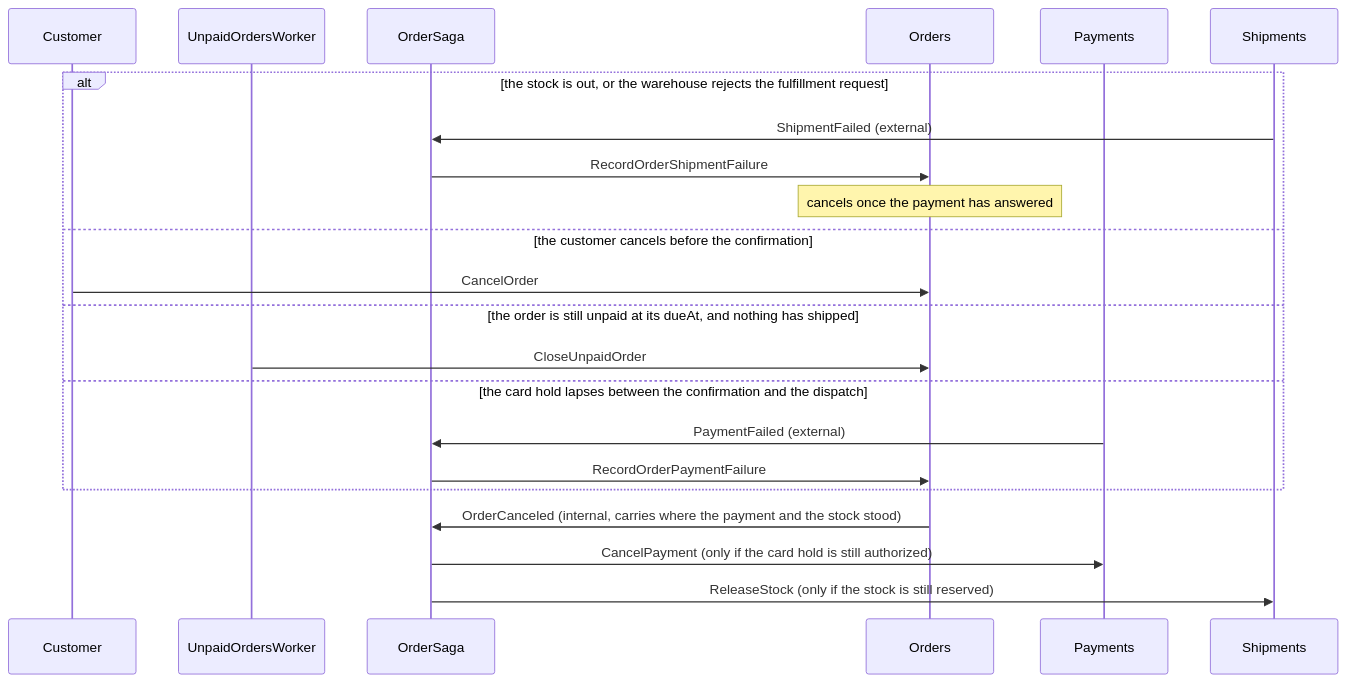
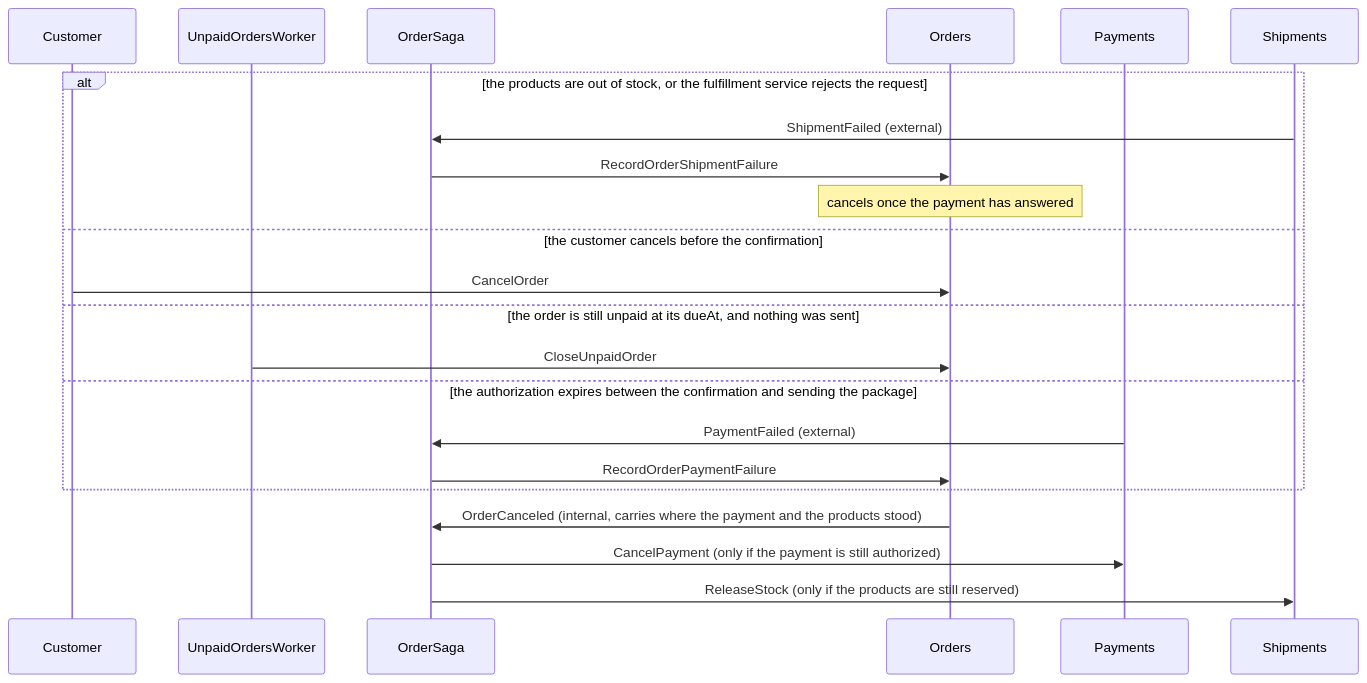
The fifth of 5 diagrams in samples/distributed-processes/README.md (oskardudycz/EventSourcing.JVM), drawn with Mermaid before and after one commit. The commit also changed other lines of this file and 124 other files, not shown here.

Commit message:
Added the how to and improved the example flow

````diff
--- a/samples/distributed-processes/README.md
+++ b/samples/distributed-processes/README.md
@@ -338,26 +446,26 @@
 ```mermaid
 sequenceDiagram
     participant Customer
     participant Worker as UnpaidOrdersWorker
     participant Process as OrderSaga
     participant Order as Orders
     participant Pay as Payments
     participant Ship as Shipments
 
-    alt the stock is out, or the warehouse rejects the fulfillment request
+    alt the products are out of stock, or the fulfillment service rejects the request
         Ship->>Process: ShipmentFailed (external)
         Process->>Order: RecordOrderShipmentFailure
         Note over Order: cancels once the payment has answered
     else the customer cancels before the confirmation
         Customer->>Order: CancelOrder
-    else the order is still unpaid at its dueAt, and nothing has shipped
+    else the order is still unpaid at its dueAt, and nothing was sent
         Worker->>Order: CloseUnpaidOrder
-    else the card hold lapses between the confirmation and the dispatch
+    else the authorization expires between the confirmation and sending the package
         Pay->>Process: PaymentFailed (external)
         Process->>Order: RecordOrderPaymentFailure
     end
 
-    Order->>Process: OrderCanceled (internal, carries where the payment and the stock stood)
-    Process->>Pay: CancelPayment (only if the card hold is still authorized)
-    Process->>Ship: ReleaseStock (only if the stock is still reserved)
+    Order->>Process: OrderCanceled (internal, carries where the payment and the products stood)
+    Process->>Pay: CancelPayment (only if the payment is still authorized)
+    Process->>Ship: ReleaseStock (only if the products are still reserved)
 ```
````
